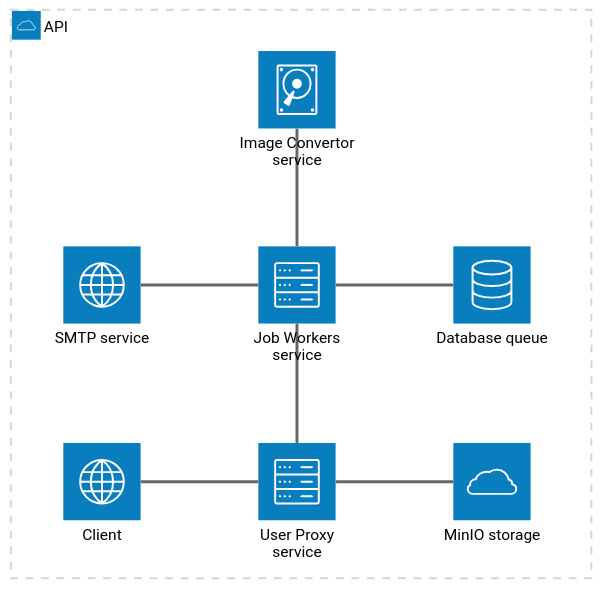
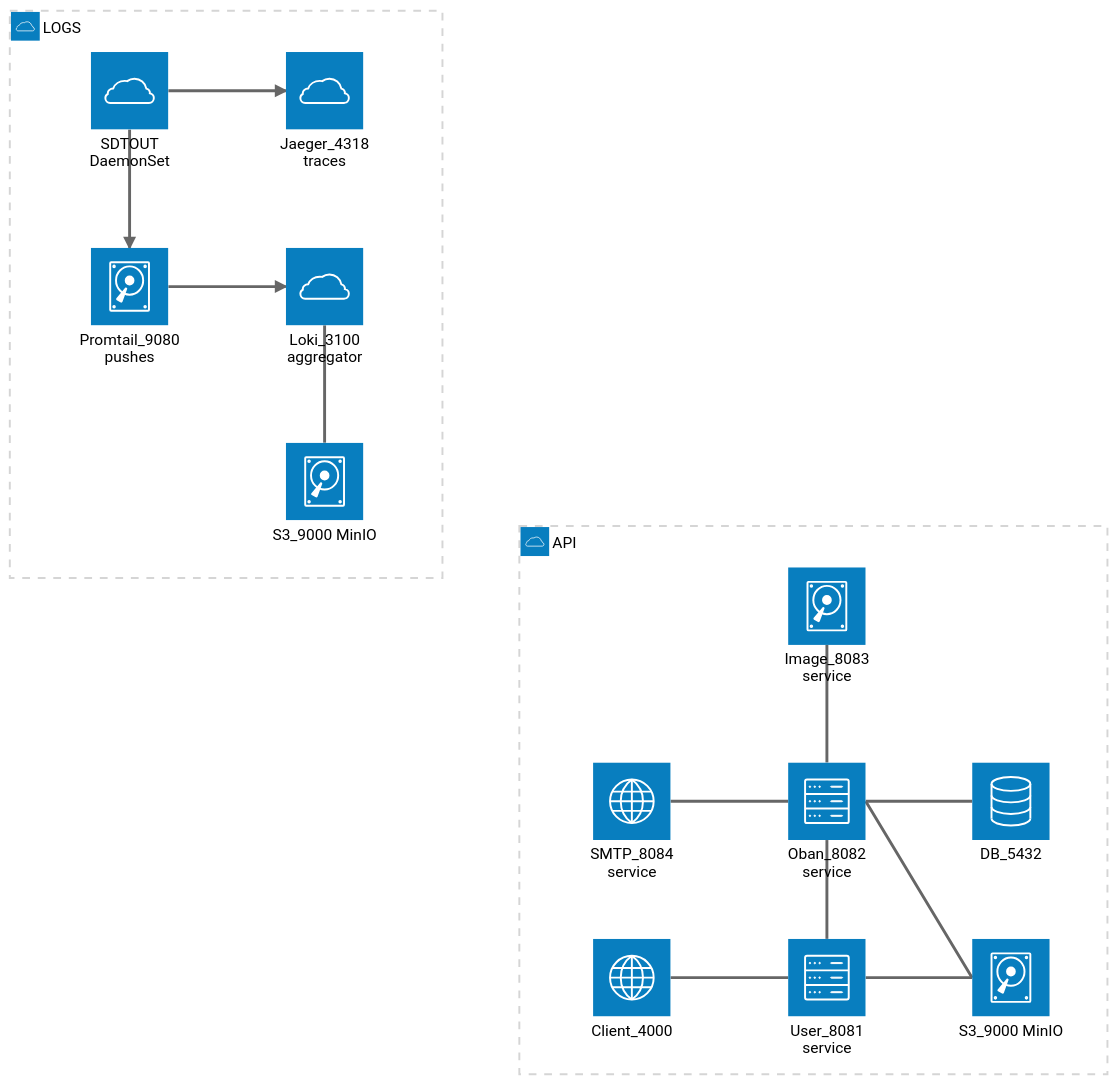
The fourth of 5 diagrams in README.md (ndrean/micro_ex), drawn with Mermaid (neutral theme) before and after one commit. The commit also changed other lines of this file and 58 other files, not shown here.

Commit message:
jaeger tracer :ok, prometheus start, loki

````diff
--- a/README.md
+++ b/README.md
@@ -127,18 +256,33 @@
 ```mermaid
 architecture-beta
     group api(cloud)[API]
-    service client(internet)[Client] in api
-    service s3(cloud)[MinIO storage] in api
-    service user(server)[User Proxy service] in api
-    service job(server)[Job Workers service] in api
-    service db(database)[Database queue] in api
-    service email(internet)[SMTP service] in api
-    service image(disk)[Image Convertor service] in api
+    group logs(cloud)[LOGS]
+    service client(internet)[Client_4000] in api
+    service s3(disk)[S3_9000 MinIO] in api
+    service user(server)[User_8081 service] in api
+    service job(server)[Oban_8082 service] in api
+    service db(database)[DB_5432] in api
+    service email(internet)[SMTP_8084 service] in api
+    service image(disk)[Image_8083 service] in api
+    
+    service loki(cloud)[Loki_3100 aggregator] in logs
+    service promtail(disk)[Promtail_9080 pushes] in logs
+    service jaeger(cloud)[Jaeger_4318 traces] in logs
+    service sdtout(cloud)[SDTOUT DaemonSet] in logs
+    service s3-logs(disk)[S3_9000 MinIO] in logs
+
 
     client:R -- L:user
+    job:R -- L:s3
     job:B -- T:user
     email:R -- L:job
     image:B -- T:job
     db:L -- R:job
     user:R -- L:s3
+
+    sdtout:R --> L:jaeger
+    sdtout:B --> T:promtail
+    loki:L <-- R:promtail
+    loki:B -- T:s3-logs
+    
 ```
````
